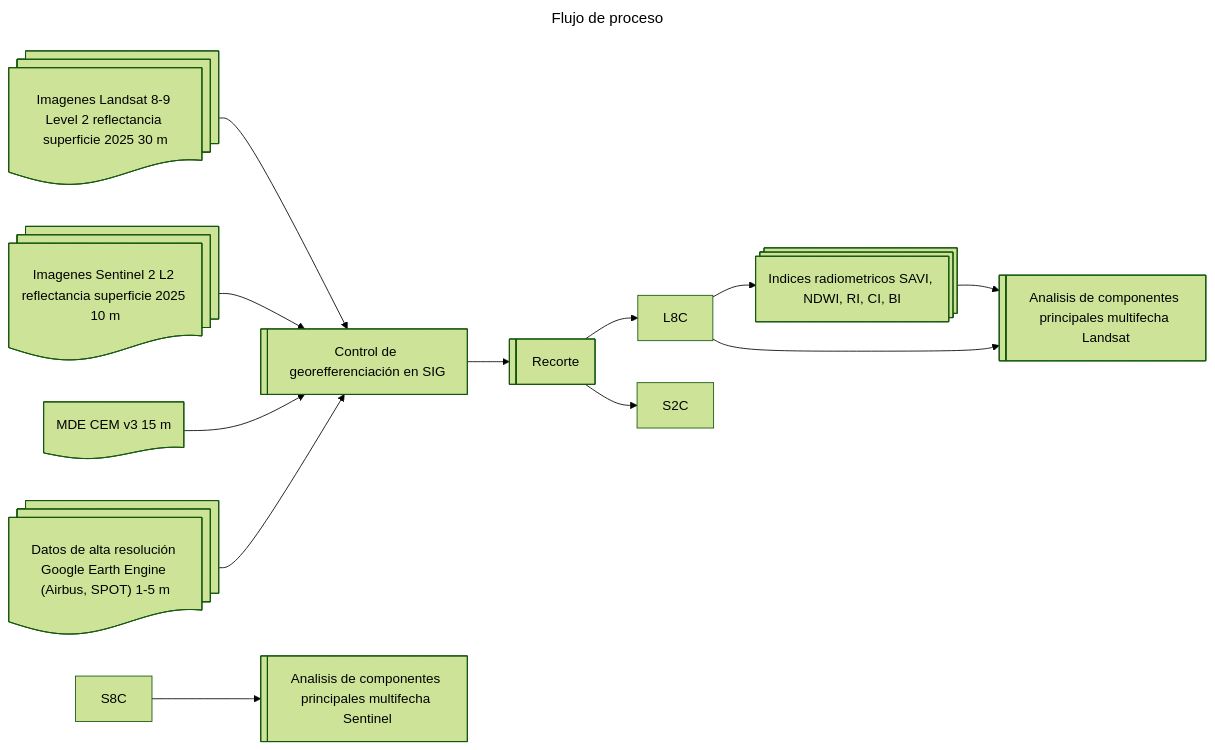
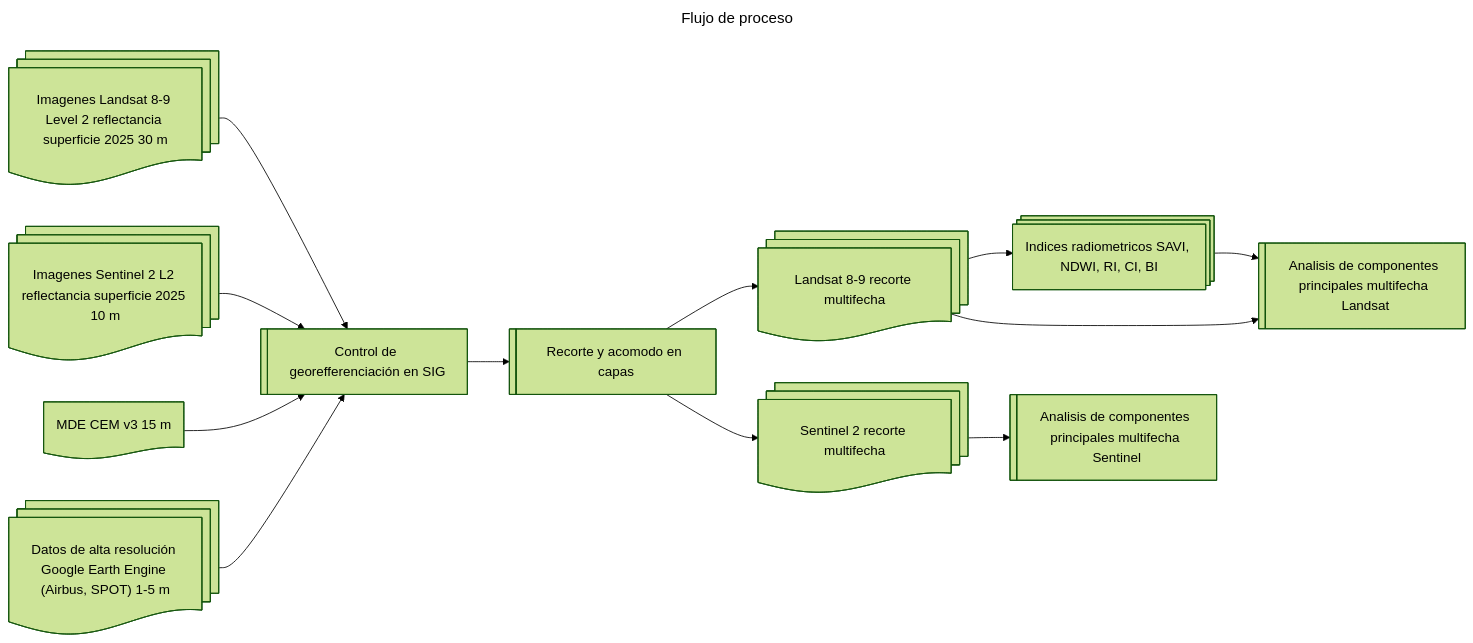
Before and after one commit to vshalisko/mixed_GIS_related_scripts: the diagram in LULC/Tapalpa_flujo_de_proceso.mermaid, drawn with Mermaid (forest theme).

```diff
--- a/LULC/Tapalpa_flujo_de_proceso.mermaid
+++ b/LULC/Tapalpa_flujo_de_proceso.mermaid
@@ -1,24 +1,27 @@
 ---
 title: Flujo de proceso
 ---
 flowchart LR
     L8@{ shape: docs, label: "Imagenes Landsat 8-9 Level 2 reflectancia superficie 2025 30 m"}
     S2@{ shape: docs, label: "Imagenes Sentinel 2 L2 reflectancia superficie 2025 10 m"}
     HR@{ shape: docs, label: "Datos de alta resolución Google Earth Engine (Airbus, SPOT) 1-5 m"}
     MDE@{ shape: doc, label: "MDE CEM v3 15 m"}
     SIG@{ shape: lin-rect, label: "Control de georefferenciación en SIG"}
-    CLIP@{ shape: lin-rect, label: "Recorte"}
+    CLIP@{ shape: lin-rect, label: "Recorte y acomodo en capas"}
     SAVI@{ shape: procs, label: "Indices radiometricos SAVI, NDWI, RI, CI, BI"}
     PCA1@{ shape: lin-rect, label: "Analisis de componentes principales multifecha Landsat"}
     PCA2@{ shape: lin-rect, label: "Analisis de componentes principales multifecha Sentinel"}
+    L8C@{ shape: docs, label: "Landsat 8-9 recorte multifecha"}
+    S2C@{ shape: docs, label: "Sentinel 2 recorte multifecha"}
+
     L8-->SIG
     S2-->SIG
     MDE-->SIG
     HR-->SIG
     SIG-->CLIP
     CLIP-->L8C
     CLIP-->S2C
     L8C-->SAVI
     SAVI-->PCA1
     L8C-->PCA1
-    S8C-->PCA2
+    S2C-->PCA2
```
